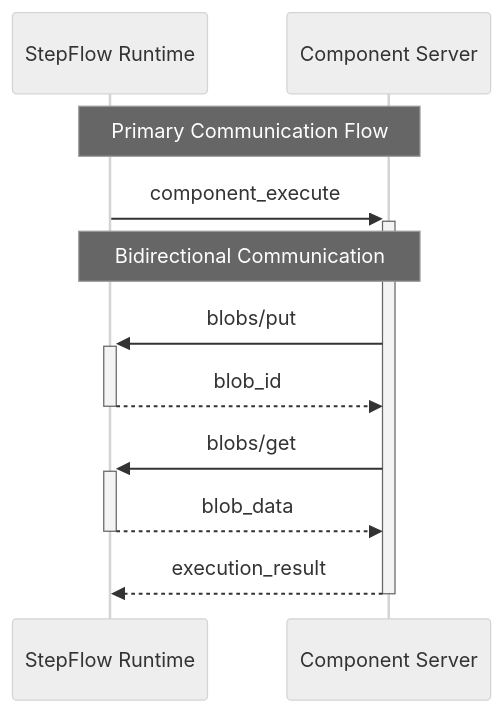
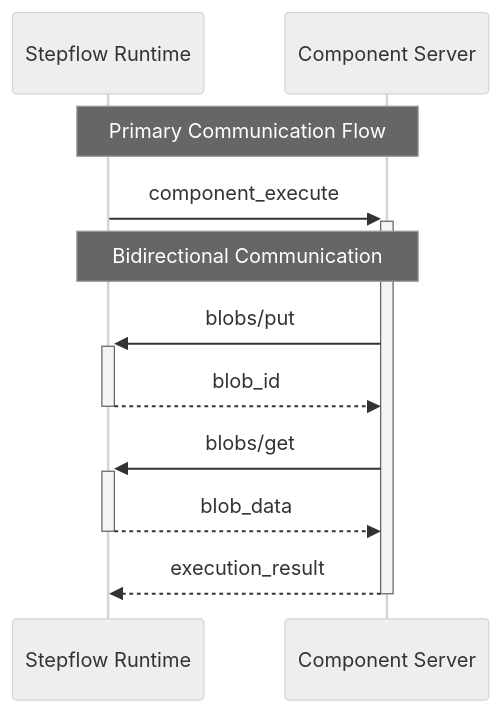
The diagram in docs/docs/protocol/bidirectional.md (stepflow-ai/stepflow), drawn with Mermaid (neutral theme) before and after one commit. The commit also changed other lines of this file and 162 other files, not shown here.

````diff
--- a/docs/docs/protocol/bidirectional.md
+++ b/docs/docs/protocol/bidirectional.md
@@ -17,17 +17,17 @@
 ```mermaid
 sequenceDiagram
-    participant SF as StepFlow Runtime
+    participant SF as Stepflow Runtime
     participant CS as Component Server
 
     Note over SF,CS: Primary Communication Flow
     SF->>+CS: component_execute
 
     Note over SF,CS: Bidirectional Communication
     CS->>+SF: blobs/put
     SF-->>-CS: blob_id
 
     CS->>+SF: blobs/get
     SF-->>-CS: blob_data
 
     CS-->>-SF: execution_result
 ```
````
